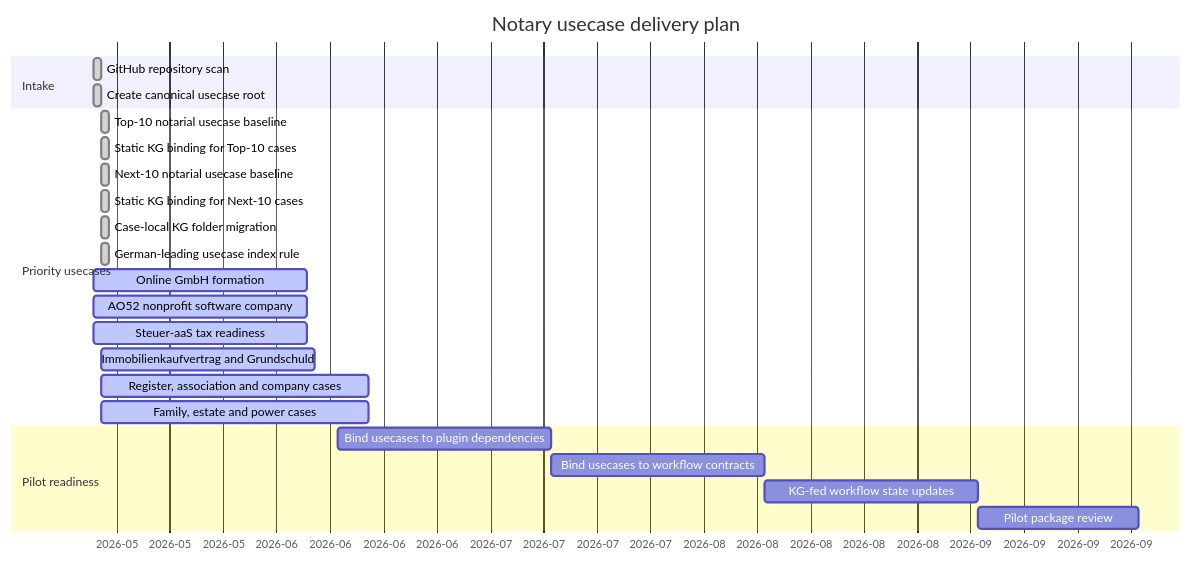
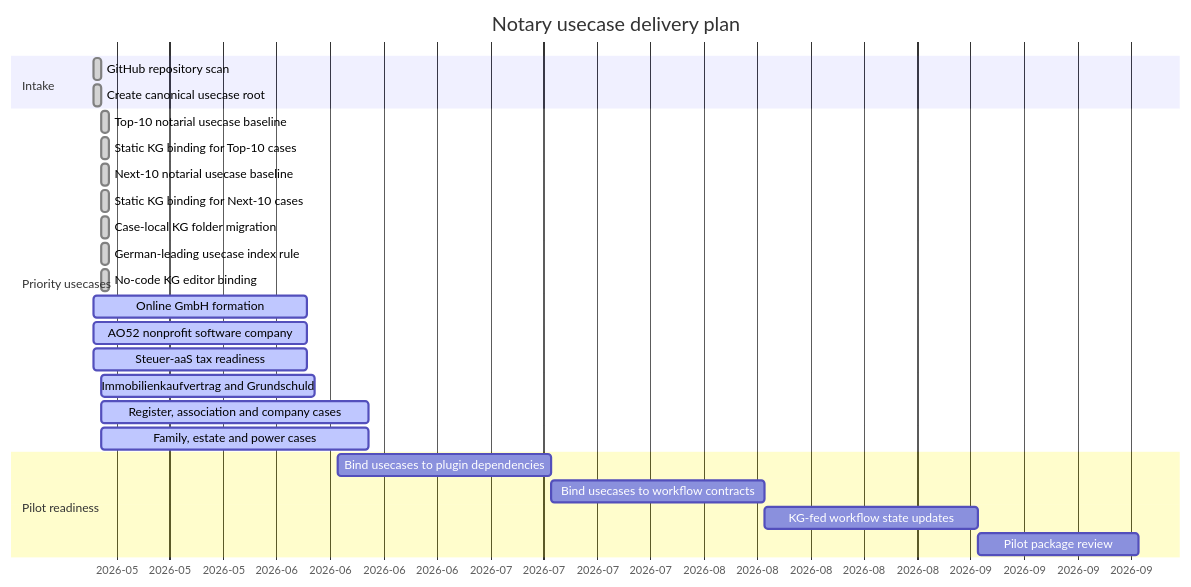
Before and after one commit to notariat8/NaC: the diagram in usecases/GANTT.md, drawn with Mermaid. The commit also changed other lines of this file and 18 other files, not shown here.

Commit message:
Add no-code KG editor workstream

````diff
--- a/usecases/GANTT.md
+++ b/usecases/GANTT.md
@@ -5,30 +5,31 @@
 ```mermaid
 gantt
     title Notary usecase delivery plan
     dateFormat  YYYY-MM-DD
     axisFormat  %Y-%m
 
     section Intake
     GitHub repository scan                      :done,   u1, 2026-05-14, 1d
     Create canonical usecase root              :done,   u2, 2026-05-14, 1d
 
     section Priority usecases
     Top-10 notarial usecase baseline           :done,   u3, 2026-05-15, 1d
     Static KG binding for Top-10 cases         :done,   u4, 2026-05-15, 1d
     Next-10 notarial usecase baseline          :done,   u5, 2026-05-15, 1d
     Static KG binding for Next-10 cases        :done,   u6, 2026-05-15, 1d
     Case-local KG folder migration             :done,   u6a, 2026-05-15, 1d
     German-leading usecase index rule          :done,   u6b, 2026-05-15, 1d
+    No-code KG editor binding                  :done,   u6c, 2026-05-15, 1d
     Online GmbH formation                      :active, u7, 2026-05-14, 28d
     AO52 nonprofit software company            :active, u8, 2026-05-14, 28d
     Steuer-aaS tax readiness                   :active, u9, 2026-05-14, 28d
     Immobilienkaufvertrag and Grundschuld      :active, u10, 2026-05-15, 28d
     Register, association and company cases    :active, u11, 2026-05-15, 35d
     Family, estate and power cases             :active, u12, 2026-05-15, 35d
 
     section Pilot readiness
     Bind usecases to plugin dependencies        :        u13, 2026-06-15, 28d
     Bind usecases to workflow contracts         :        u14, after u13, 28d
     KG-fed workflow state updates               :        u15, after u14, 28d
     Pilot package review                        :        u16, after u15, 21d
 ```
````
